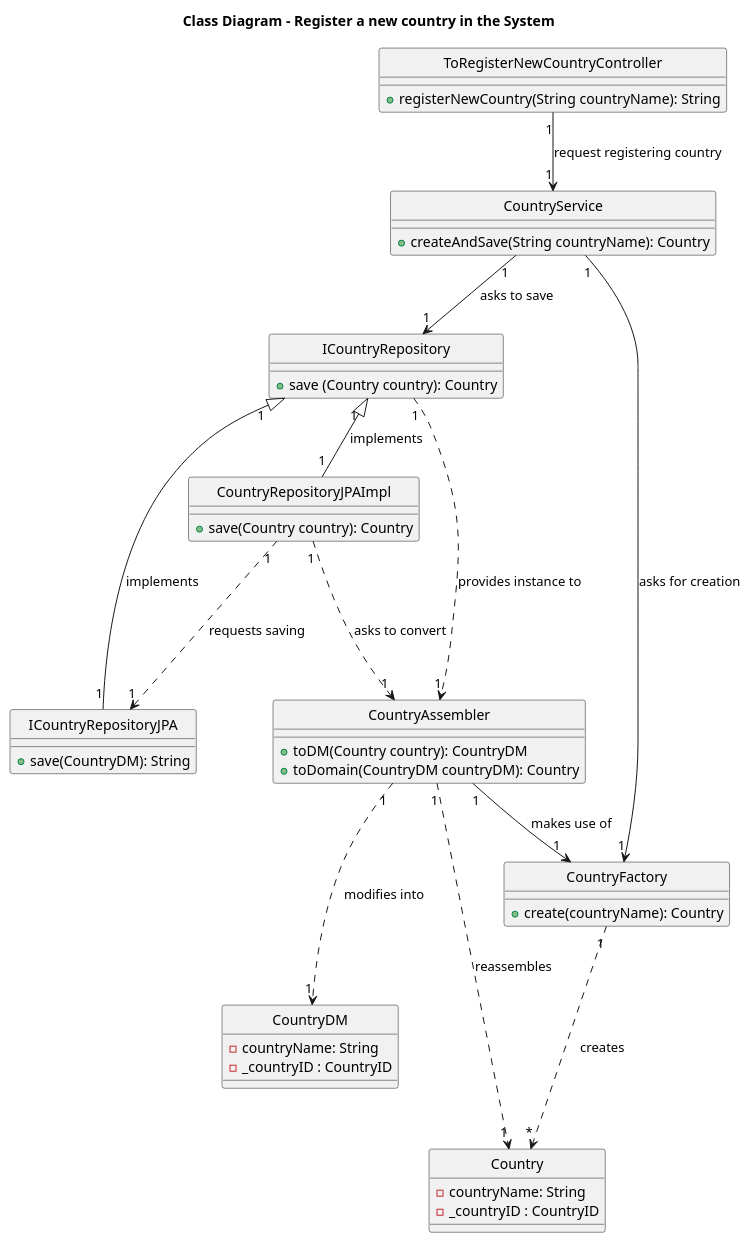
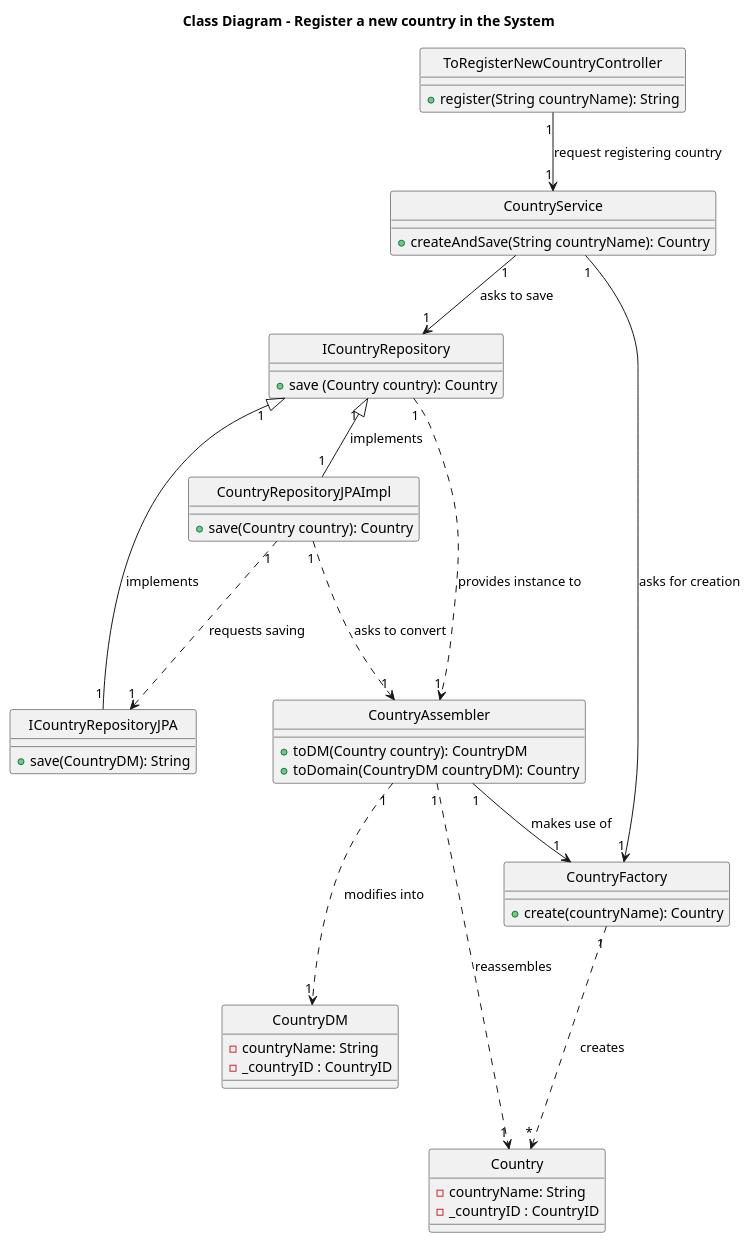
One commit to AndrePereiraGitH/SWitCH-Project-Team_A changed the diagram in Diagrams/ClassDiagrams/To-register-a-new-country-in-the-system.puml. Above: the diagram before and after it, drawn with PlantUML. The commit also changed 1 other file, not shown here.

```diff
--- a/Diagrams/ClassDiagrams/To-register-a-new-country-in-the-system.puml
+++ b/Diagrams/ClassDiagrams/To-register-a-new-country-in-the-system.puml
@@ -1,60 +1,60 @@
 @startuml
 
 title Class Diagram - Register a new country in the System
 hide circle
 
 
 class ICountryRepository {
     +save (Country country): Country
     }
 
 class CountryFactory {
     +create(countryName): Country
 }
 
 class ToRegisterNewCountryController{
-  + registerNewCountry(String countryName): String
+  + register(String countryName): String
 }
 
 class CountryService {
 +createAndSave(String countryName): Country
 }
 
 class CountryAssembler{
 +toDM(Country country): CountryDM
 +toDomain(CountryDM countryDM): Country
 }
 
 class ICountryRepositoryJPA{
 +save(CountryDM): String
 }
 
 class CountryDM{
 -countryName: String
 -_countryID : CountryID
 }
 
 
 class Country {
 -countryName: String
 -_countryID : CountryID
 }
 
 class CountryRepositoryJPAImpl {
 +save(Country country): Country
 }
 
 ' Interactions
 ToRegisterNewCountryController "1" --> "1" CountryService : request registering country
 CountryService "1" --> "1" CountryFactory : asks for creation
 CountryService "1" --> "1" ICountryRepository : asks to save
 ICountryRepositoryJPA "1" --|> "1" ICountryRepository : implements
 ICountryRepository "                      1" <|-- "1" CountryRepositoryJPAImpl : implements
 CountryRepositoryJPAImpl "1" .--> "1" CountryAssembler : asks to convert
 CountryRepositoryJPAImpl "1" .--> "1" ICountryRepositoryJPA : requests saving
 ICountryRepository "1" .--> "1" CountryAssembler : provides instance to
 CountryAssembler "1" .--> "1" CountryDM : modifies into
 CountryAssembler "1" --> "1" CountryFactory : makes use of
 CountryAssembler "1" .--> "1" Country : reassembles
 CountryFactory "1" .--> "*" Country : creates
 @enduml
```
